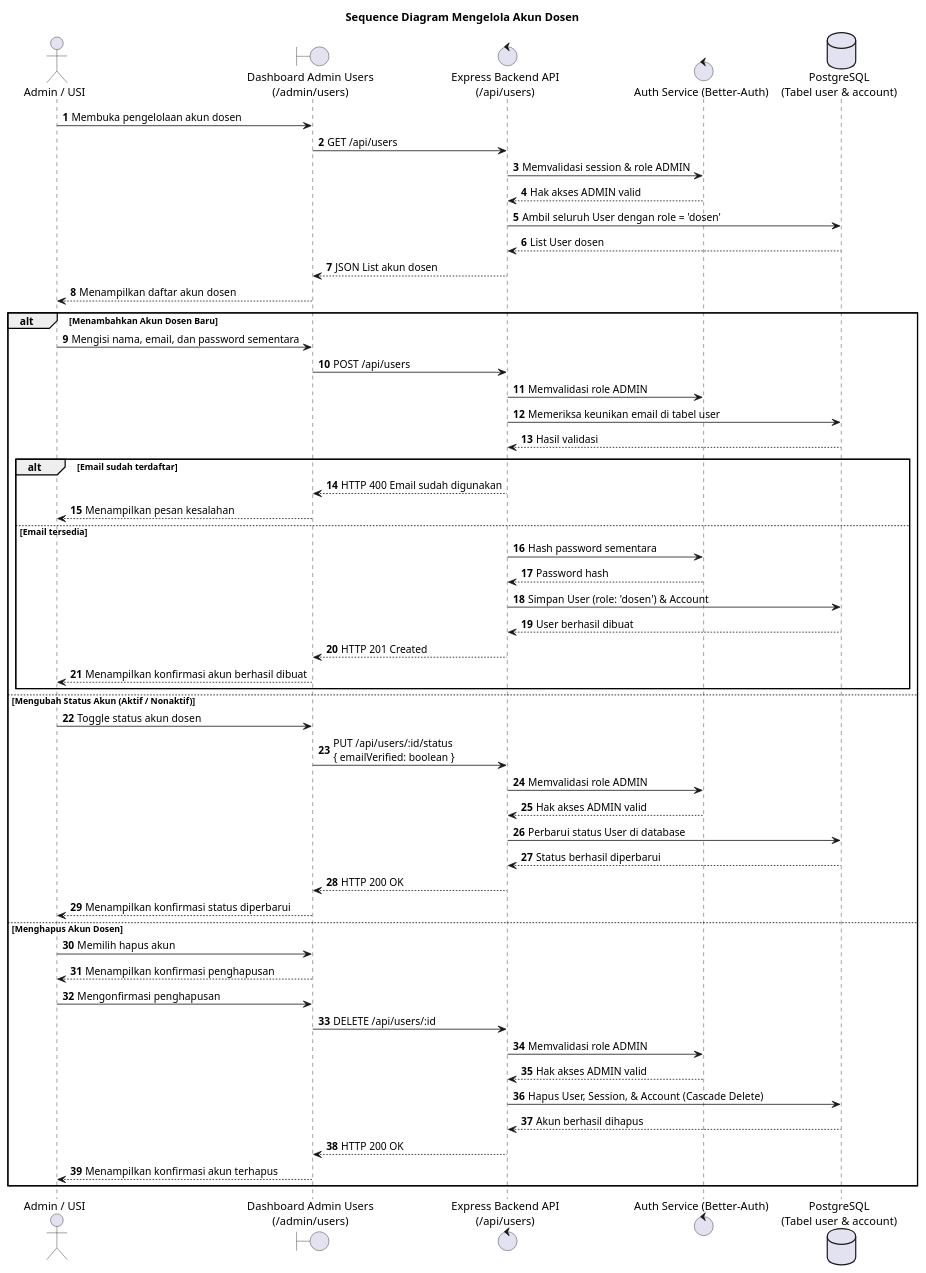
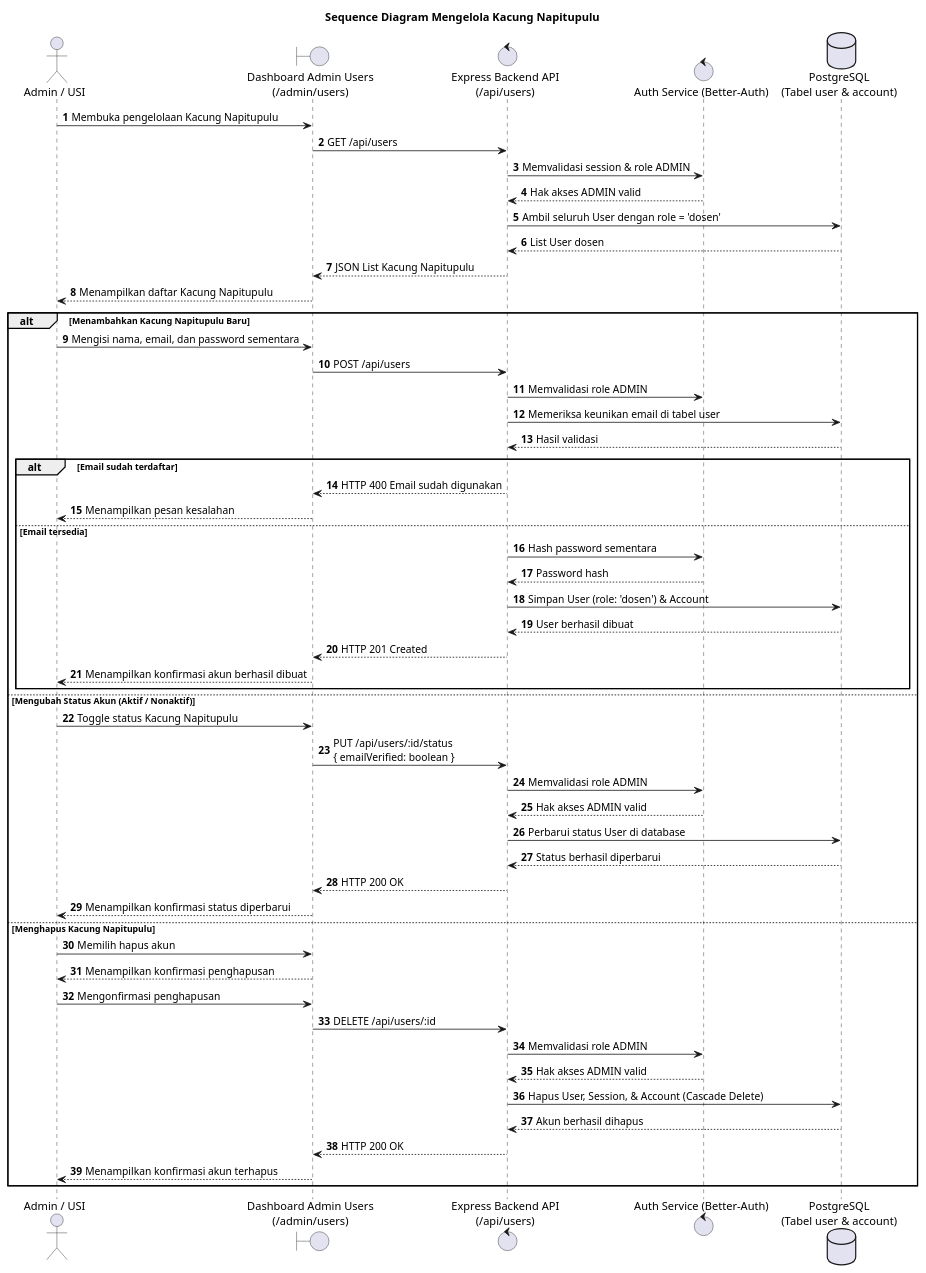
One commit to Badru9/chatbot changed the diagram in uml/manage_lecturer_sequence.md. Above: the diagram before and after it, drawn with PlantUML. The commit also changed other lines of this file and 33 other files, not shown here.

````diff
--- a/uml/manage_lecturer_sequence.md
+++ b/uml/manage_lecturer_sequence.md
@@ -5,70 +5,70 @@
 ```plantuml
 @startuml
-title Sequence Diagram Mengelola Akun Dosen
+title Sequence Diagram Mengelola Kacung Napitupulu
 
 autonumber
 skinparam shadowing false
 
 actor "Admin / USI" as Admin
 boundary "Dashboard Admin Users\n(/admin/users)" as UI
 control "Express Backend API\n(/api/users)" as API
 control "Auth Service (Better-Auth)" as Auth
 database "PostgreSQL\n(Tabel user & account)" as DB
 
-Admin -> UI : Membuka pengelolaan akun dosen
+Admin -> UI : Membuka pengelolaan Kacung Napitupulu
 UI -> API : GET /api/users
 API -> Auth : Memvalidasi session & role ADMIN
 Auth --> API : Hak akses ADMIN valid
 API -> DB : Ambil seluruh User dengan role = 'dosen'
 DB --> API : List User dosen
-API --> UI : JSON List akun dosen
-UI --> Admin : Menampilkan daftar akun dosen
+API --> UI : JSON List Kacung Napitupulu
+UI --> Admin : Menampilkan daftar Kacung Napitupulu
 
-alt Menambahkan Akun Dosen Baru
+alt Menambahkan Kacung Napitupulu Baru
 
     Admin -> UI : Mengisi nama, email, dan password sementara
     UI -> API : POST /api/users
     API -> Auth : Memvalidasi role ADMIN
     API -> DB : Memeriksa keunikan email di tabel user
     DB --> API : Hasil validasi
 
     alt Email sudah terdaftar
         API --> UI : HTTP 400 Email sudah digunakan
         UI --> Admin : Menampilkan pesan kesalahan
     else Email tersedia
         API -> Auth : Hash password sementara
         Auth --> API : Password hash
         API -> DB : Simpan User (role: 'dosen') & Account
         DB --> API : User berhasil dibuat
         API --> UI : HTTP 201 Created
         UI --> Admin : Menampilkan konfirmasi akun berhasil dibuat
     end
 
 else Mengubah Status Akun (Aktif / Nonaktif)
 
-    Admin -> UI : Toggle status akun dosen
+    Admin -> UI : Toggle status Kacung Napitupulu
     UI -> API : PUT /api/users/:id/status\n{ emailVerified: boolean }
     API -> Auth : Memvalidasi role ADMIN
     Auth --> API : Hak akses ADMIN valid
     API -> DB : Perbarui status User di database
     DB --> API : Status berhasil diperbarui
     API --> UI : HTTP 200 OK
     UI --> Admin : Menampilkan konfirmasi status diperbarui
 
-else Menghapus Akun Dosen
+else Menghapus Kacung Napitupulu
 
     Admin -> UI : Memilih hapus akun
     UI --> Admin : Menampilkan konfirmasi penghapusan
     Admin -> UI : Mengonfirmasi penghapusan
     UI -> API : DELETE /api/users/:id
     API -> Auth : Memvalidasi role ADMIN
     Auth --> API : Hak akses ADMIN valid
     API -> DB : Hapus User, Session, & Account (Cascade Delete)
     DB --> API : Akun berhasil dihapus
     API --> UI : HTTP 200 OK
     UI --> Admin : Menampilkan konfirmasi akun terhapus
 
 end
 
 @enduml
 ```
````
